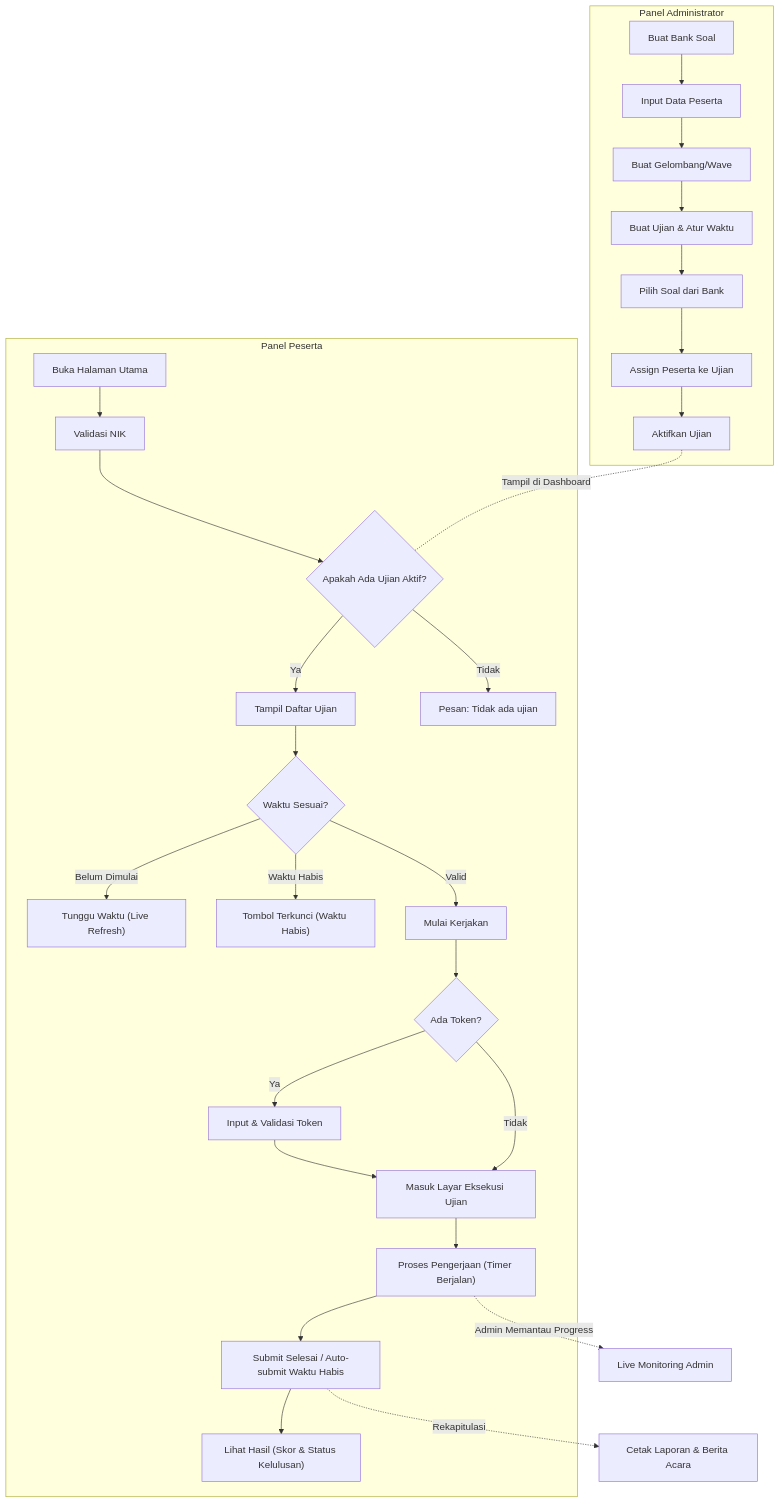
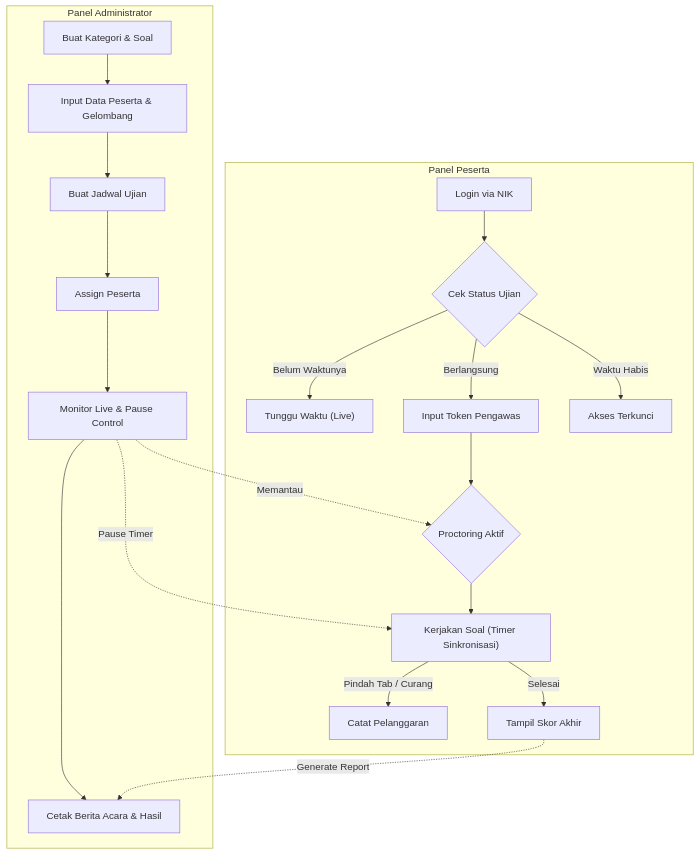
Before and after one commit to bagusaliakbar/cat-unsub: the diagram in README.md, drawn with Mermaid. The commit also changed other lines of this file, not shown here.

````diff
--- a/README.md
+++ b/README.md
@@ -45,39 +56,30 @@
 ```mermaid
 flowchart TD
     %% Administrator Flow
     subgraph Admin ["Panel Administrator"]
-        A1["Buat Bank Soal"] --> A2["Input Data Peserta"]
-        A2 --> A3["Buat Gelombang/Wave"]
-        A3 --> A4["Buat Ujian & Atur Waktu"]
-        A4 --> A5["Pilih Soal dari Bank"]
-        A5 --> A6["Assign Peserta ke Ujian"]
-        A6 --> A7["Aktifkan Ujian"]
+        A1["Buat Kategori & Soal"] --> A2["Input Data Peserta & Gelombang"]
+        A2 --> A3["Buat Jadwal Ujian"]
+        A3 --> A4["Assign Peserta"]
+        A4 --> A5["Monitor Live & Pause Control"]
+        A5 --> A6["Cetak Berita Acara & Hasil"]
     end
 
     %% Participant Flow
     subgraph Peserta ["Panel Peserta"]
-        P1["Buka Halaman Utama"] --> P2["Validasi NIK"]
-        P2 --> P3{"Apakah Ada Ujian Aktif?"}
-        P3 -- Ya --> P4["Tampil Daftar Ujian"]
-        P3 -- Tidak --> Px["Pesan: Tidak ada ujian"]
+        P1["Login via NIK"] --> P2{"Cek Status Ujian"}
         
-        P4 --> P5{"Waktu Sesuai?"}
-        P5 -- Belum Dimulai --> P6["Tunggu Waktu (Live Refresh)"]
-        P5 -- Waktu Habis --> P7["Tombol Terkunci (Waktu Habis)"]
-        P5 -- Valid --> P8["Mulai Kerjakan"]
+        P2 -- Belum Waktunya --> P3["Tunggu Waktu (Live)"]
+        P2 -- Berlangsung --> P4["Input Token Pengawas"]
+        P2 -- Waktu Habis --> Px["Akses Terkunci"]
         
-        P8 --> P9{"Ada Token?"}
-        P9 -- Ya --> P10["Input & Validasi Token"]
-        P10 --> P11["Masuk Layar Eksekusi Ujian"]
-        P9 -- Tidak --> P11
+        P4 --> P5{"Proctoring Aktif"}
+        P5 --> P6["Kerjakan Soal (Timer Sinkronisasi)"]
         
-        P11 --> P12["Proses Pengerjaan (Timer Berjalan)"]
-        P12 --> P13["Submit Selesai / Auto-submit Waktu Habis"]
-        P13 --> P14["Lihat Hasil (Skor & Status Kelulusan)"]
+        P6 -- Pindah Tab / Curang --> P7["Catat Pelanggaran"]
+        P6 -- Selesai --> P8["Tampil Skor Akhir"]
     end
 
-    %% Connection
-    A7 -.-|Tampil di Dashboard| P3
-    P12 -.->|Admin Memantau Progress| M1["Live Monitoring Admin"]
-    P13 -.->|Rekapitulasi| M2["Cetak Laporan & Berita Acara"]
+    A5 -. Memantau .-> P5
+    A5 -. Pause Timer .-> P6
+    P8 -. Generate Report .-> A6
 ```
````
